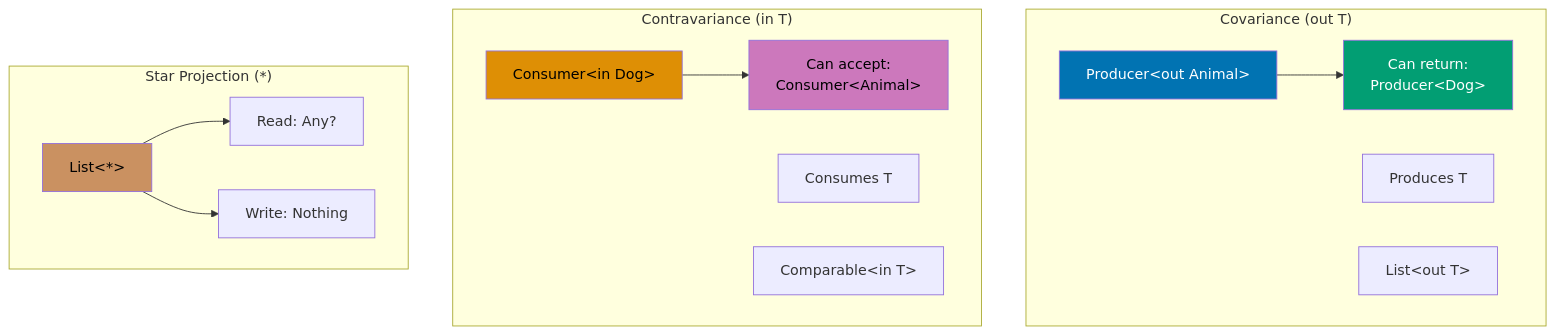
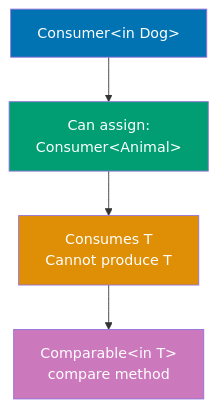
Before and after one commit to wahidyankf/open-sharia-enterprise: the ninth of 10 diagrams in apps/ayokoding-web/content/en/learn/software-engineering/programming-languages/kotlin/tutorials/by-example/advanced.md, drawn with Mermaid. The commit also changed other lines of this file and 86 other files, not shown here.

First line of the commit message:
feat(diagrams): implement TD default layout and diagram splitting for mobile

````diff
--- a/apps/ayokoding-web/content/en/learn/software-engineering/programming-languages/kotlin/tutorials/by-example/advanced.md
+++ b/apps/ayokoding-web/content/en/learn/software-engineering/programming-languages/kotlin/tutorials/by-example/advanced.md
@@ -2699,26 +2733,13 @@
 ```mermaid
-%% Kotlin variance: covariance and contravariance
+%% Color Palette: Blue #0173B2, Orange #DE8F05, Teal #029E73, Purple #CC78BC, Brown #CA9161
 graph TD
-    subgraph Covariance["Covariance (out T)"]
-        CO1["Producer&lt;out Animal&gt;"] --> CO2["Can return:<br/>Producer&lt;Dog&gt;"]
-        CO3[Produces T]
-        CO4["List&lt;out T&gt;"]
-    end
+    Source["Consumer#60;in Dog#62;"]
+    Source --> SuperType["Can assign:<br/>Consumer#60;Animal#62;"]
+    SuperType --> Behavior[Consumes T<br/>Cannot produce T]
+    Behavior --> Example["Comparable#60;in T#62;<br/>compare method"]
 
-    subgraph Contravariance["Contravariance (in T)"]
-        CN1["Consumer&lt;in Dog&gt;"] --> CN2["Can accept:<br/>Consumer&lt;Animal&gt;"]
-        CN3[Consumes T]
-        CN4["Comparable&lt;in T&gt;"]
-    end
-
-    subgraph Star["Star Projection (*)"]
-        ST1["List&lt;*&gt;"] --> ST2["Read: Any?"]
-        ST1 --> ST3["Write: Nothing"]
-    end
-
-    style CO1 fill:#0173B2,color:#fff
-    style CO2 fill:#029E73,color:#fff
-    style CN1 fill:#DE8F05,color:#000
-    style CN2 fill:#CC78BC,color:#000
-    style ST1 fill:#CA9161,color:#000
+    style Source fill:#0173B2,color:#fff
+    style SuperType fill:#029E73,color:#fff
+    style Behavior fill:#DE8F05,color:#fff
+    style Example fill:#CC78BC,color:#fff
 ```
````
